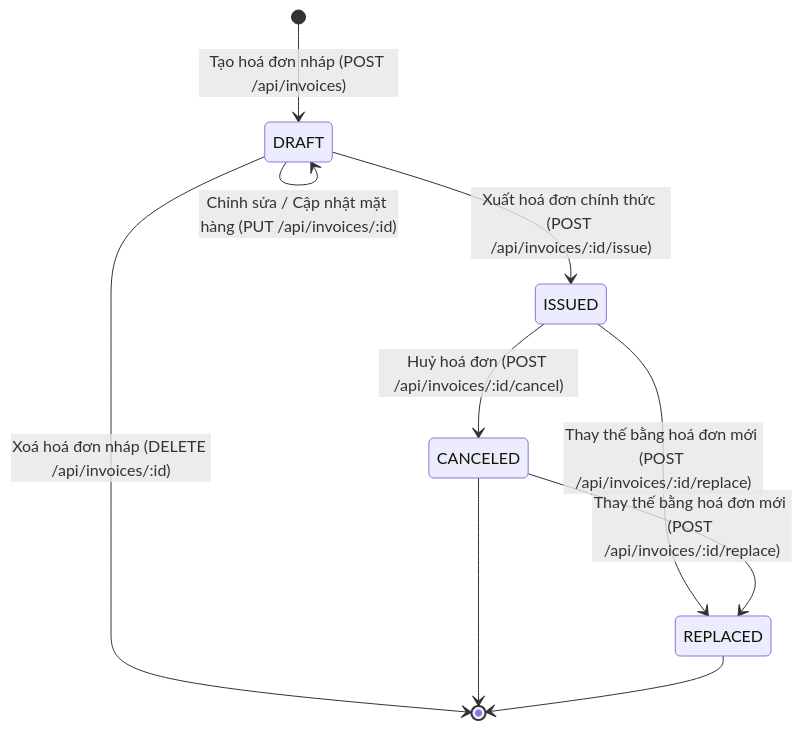
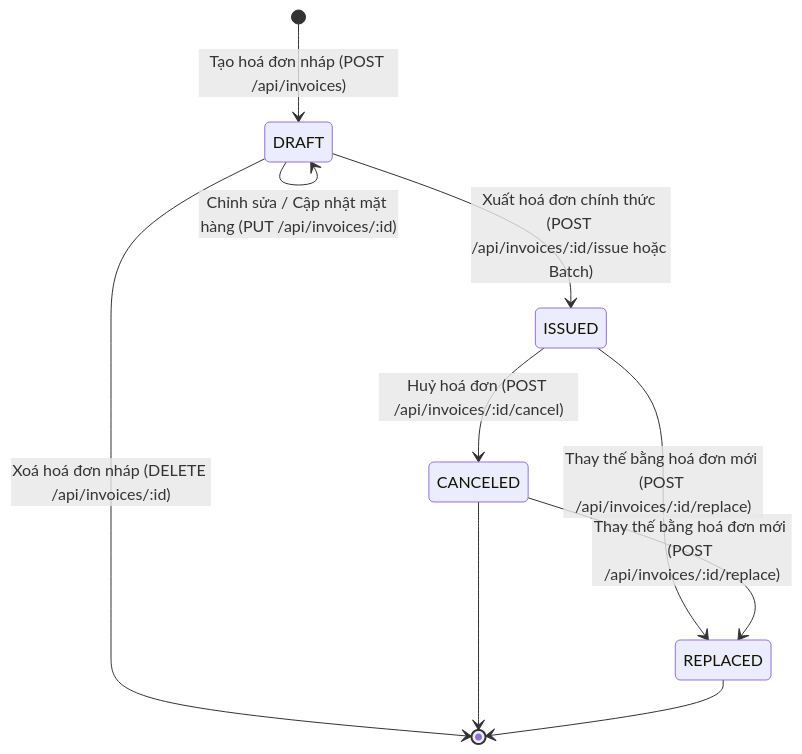
The diagram in README.md (vuminhkhang2005/invoice-management-api), drawn with Mermaid before and after one commit. The commit also changed other lines of this file and 2 other files, not shown here.

````diff
--- a/README.md
+++ b/README.md
@@ -118,14 +138,14 @@
 ```mermaid
 stateDiagram-v2
     [*] --> DRAFT: Tạo hoá đơn nháp (POST /api/invoices)
     DRAFT --> DRAFT: Chỉnh sửa / Cập nhật mặt hàng (PUT /api/invoices/:id)
     DRAFT --> [*]: Xoá hoá đơn nháp (DELETE /api/invoices/:id)
-    DRAFT --> ISSUED: Xuất hoá đơn chính thức (POST /api/invoices/:id/issue)
+    DRAFT --> ISSUED: Xuất hoá đơn chính thức (POST /api/invoices/:id/issue hoặc Batch)
     
     ISSUED --> CANCELED: Huỷ hoá đơn (POST /api/invoices/:id/cancel)
     ISSUED --> REPLACED: Thay thế bằng hoá đơn mới (POST /api/invoices/:id/replace)
     CANCELED --> REPLACED: Thay thế bằng hoá đơn mới (POST /api/invoices/:id/replace)
     
     CANCELED --> [*]
     REPLACED --> [*]
 ```
````
